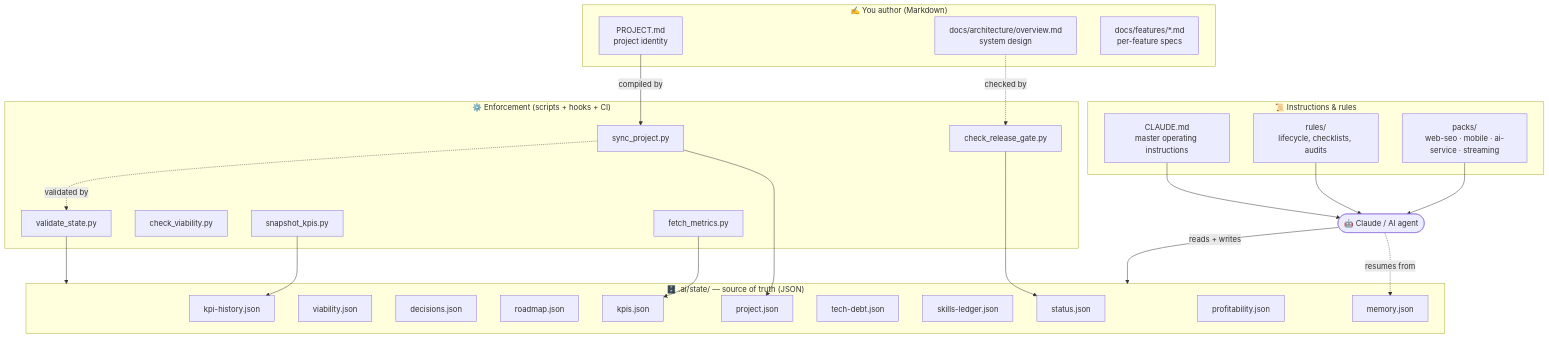
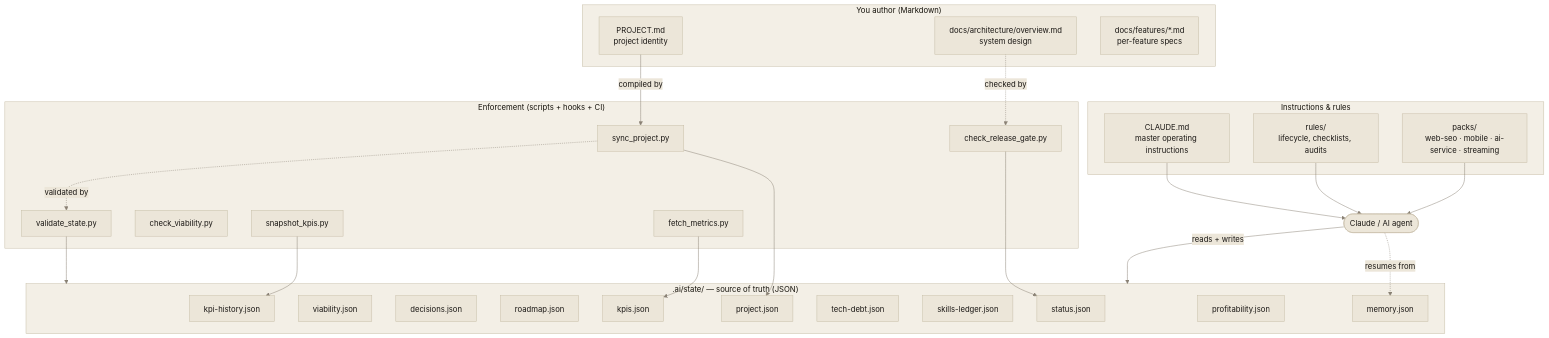
The first of 6 diagrams in README.md (itsmarcosjreyes/praxis), drawn with Mermaid before and after one commit. The commit also changed other lines of this file and 8 other files, not shown here.

````diff
--- a/README.md
+++ b/README.md
@@ -23,52 +44,53 @@
 ```mermaid
+%%{init: {"theme":"base","themeVariables":{"primaryColor":"#ECE6D9","primaryTextColor":"#1A1714","primaryBorderColor":"#C6BCA6","lineColor":"#8A8174","clusterBkg":"#F3EFE6","clusterBorder":"#C6BCA6","edgeLabelBackground":"#ECE6D9","textColor":"#3A352E"}}}%%
 flowchart TB
-    subgraph Author["✍️ You author (Markdown)"]
+    subgraph Author["You author (Markdown)"]
         PM["PROJECT.md<br/>project identity"]
         ARCH["docs/architecture/overview.md<br/>system design"]
         FEAT["docs/features/*.md<br/>per-feature specs"]
     end
 
-    subgraph Instr["📜 Instructions & rules"]
+    subgraph Instr["Instructions & rules"]
         CL["CLAUDE.md<br/>master operating instructions"]
         RULES["rules/<br/>lifecycle, checklists, audits"]
         PACKS["packs/<br/>web-seo · mobile · ai-service · streaming"]
     end
 
-    subgraph State["🗄️ .ai/state/ — source of truth (JSON)"]
+    subgraph State[".ai/state/ — source of truth (JSON)"]
         PJ["project.json"]
         VIA["viability.json"]
         DEC["decisions.json"]
         ROAD["roadmap.json"]
         KPI["kpis.json"]
         KPIH["kpi-history.json"]
         DEBT["tech-debt.json"]
         SKILL["skills-ledger.json"]
         MEM["memory.json"]
         PROF["profitability.json"]
         STAT["status.json"]
     end
 
-    subgraph Enforce["⚙️ Enforcement (scripts + hooks + CI)"]
+    subgraph Enforce["Enforcement (scripts + hooks + CI)"]
         SYNC["sync_project.py"]
         VAL["validate_state.py"]
         VIAC["check_viability.py"]
         GATE["check_release_gate.py"]
         SNAP["snapshot_kpis.py"]
         FETCH["fetch_metrics.py"]
     end
 
-    AGENT(["🤖 Claude / AI agent"])
+    AGENT(["Claude / AI agent"])
 
     PM -->|"compiled by"| SYNC --> PJ
     SYNC -.->|"validated by"| VAL
     ARCH -.->|"checked by"| GATE
     CL --> AGENT
     RULES --> AGENT
     PACKS --> AGENT
     AGENT -->|"reads + writes"| State
     VAL --> State
     GATE --> STAT
     FETCH --> KPI
     SNAP --> KPIH
     AGENT -.->|"resumes from"| MEM
 ```
````
